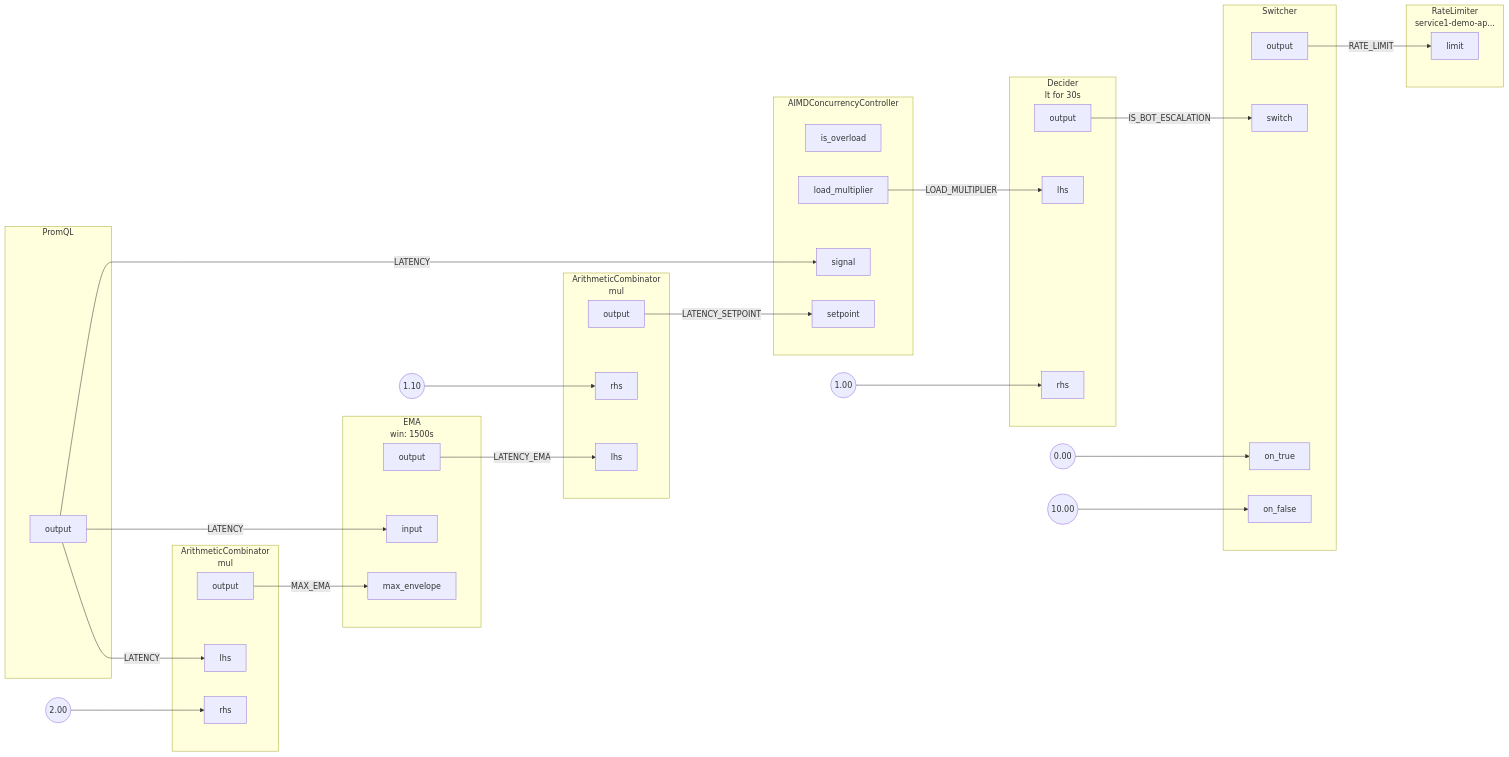
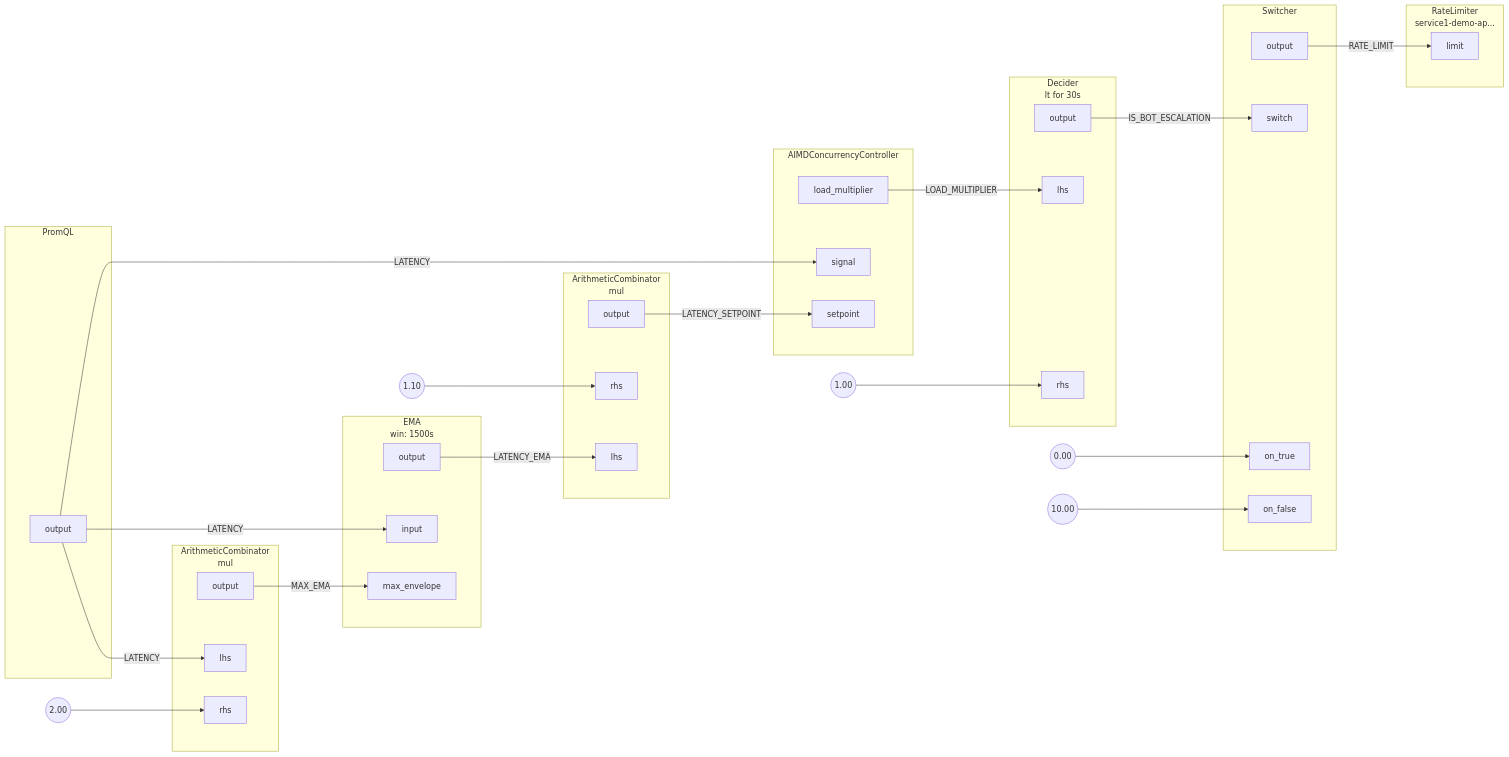
The diagram in docs/content/tutorials/integrations/flow-control/rate-limiting/assets/dynamic-rate-limiting/dynamic-rate-limiting.mmd (fluxninja/aperture), drawn with Mermaid before and after one commit. The commit also changed 18 other files, not shown here.

Commit message:
mermaid: do not render unused ports

```diff
--- a/docs/content/tutorials/integrations/flow-control/rate-limiting/assets/dynamic-rate-limiting/dynamic-rate-limiting.mmd
+++ b/docs/content/tutorials/integrations/flow-control/rate-limiting/assets/dynamic-rate-limiting/dynamic-rate-limiting.mmd
@@ -1,100 +1,99 @@
 flowchart LR
 subgraph root.0[PromQL]
 subgraph root.0_outports[ ]
 style root.0_outports fill:none,stroke:none
 root.0output[output]
 end
 end
+FakeConstant0((2.00))
+FakeConstant0 --> root.1rhs
 subgraph root.1[<center>ArithmeticCombinator<br/>mul</center>]
 subgraph root.1_inports[ ]
 style root.1_inports fill:none,stroke:none
+root.1rhs[rhs]
 root.1lhs[lhs]
-root.1rhs[rhs]
 end
 subgraph root.1_outports[ ]
 style root.1_outports fill:none,stroke:none
 root.1output[output]
 end
 end
-FakeConstant0((2.00))
-FakeConstant0 --> root.1rhs
+FakeConstant1((1.10))
+FakeConstant1 --> root.2rhs
 subgraph root.2[<center>ArithmeticCombinator<br/>mul</center>]
 subgraph root.2_inports[ ]
 style root.2_inports fill:none,stroke:none
 root.2lhs[lhs]
 root.2rhs[rhs]
 end
 subgraph root.2_outports[ ]
 style root.2_outports fill:none,stroke:none
 root.2output[output]
 end
 end
-FakeConstant1((1.10))
-FakeConstant1 --> root.2rhs
 subgraph root.3[<center>EMA<br/>win: 1500s</center>]
 subgraph root.3_inports[ ]
 style root.3_inports fill:none,stroke:none
 root.3input[input]
 root.3max_envelope[max_envelope]
 end
 subgraph root.3_outports[ ]
 style root.3_outports fill:none,stroke:none
 root.3output[output]
 end
 end
 subgraph root.4[AIMDConcurrencyController]
 subgraph root.4_inports[ ]
 style root.4_inports fill:none,stroke:none
 root.4setpoint[setpoint]
 root.4signal[signal]
 end
 subgraph root.4_outports[ ]
 style root.4_outports fill:none,stroke:none
-root.4is_overload[is_overload]
 root.4load_multiplier[load_multiplier]
 end
 end
+FakeConstant2((1.00))
+FakeConstant2 --> root.5rhs
 subgraph root.5[<center>Decider<br/>lt for 30s</center>]
 subgraph root.5_inports[ ]
 style root.5_inports fill:none,stroke:none
 root.5lhs[lhs]
 root.5rhs[rhs]
 end
 subgraph root.5_outports[ ]
 style root.5_outports fill:none,stroke:none
 root.5output[output]
 end
 end
-FakeConstant2((1.00))
-FakeConstant2 --> root.5rhs
+FakeConstant3((0.00))
+FakeConstant3 --> root.6on_true
+FakeConstant4((10.00))
+FakeConstant4 --> root.6on_false
 subgraph root.6[Switcher]
 subgraph root.6_inports[ ]
 style root.6_inports fill:none,stroke:none
 root.6on_true[on_true]
 root.6on_false[on_false]
 root.6switch[switch]
 end
 subgraph root.6_outports[ ]
 style root.6_outports fill:none,stroke:none
 root.6output[output]
 end
 end
-FakeConstant3((0.00))
-FakeConstant3 --> root.6on_true
-FakeConstant4((10.00))
-FakeConstant4 --> root.6on_false
 subgraph root.7[<center>RateLimiter<br/>service1-demo-ap...</center>]
 subgraph root.7_inports[ ]
 style root.7_inports fill:none,stroke:none
 root.7limit[limit]
 end
 end
 root.4load_multiplier --> |LOAD_MULTIPLIER| root.5lhs
 root.5output --> |IS_BOT_ESCALATION| root.6switch
 root.6output --> |RATE_LIMIT| root.7limit
 root.0output --> |LATENCY| root.1lhs
 root.0output --> |LATENCY| root.3input
 root.0output --> |LATENCY| root.4signal
 root.1output --> |MAX_EMA| root.3max_envelope
 root.2output --> |LATENCY_SETPOINT| root.4setpoint
 root.3output --> |LATENCY_EMA| root.2lhs
```
